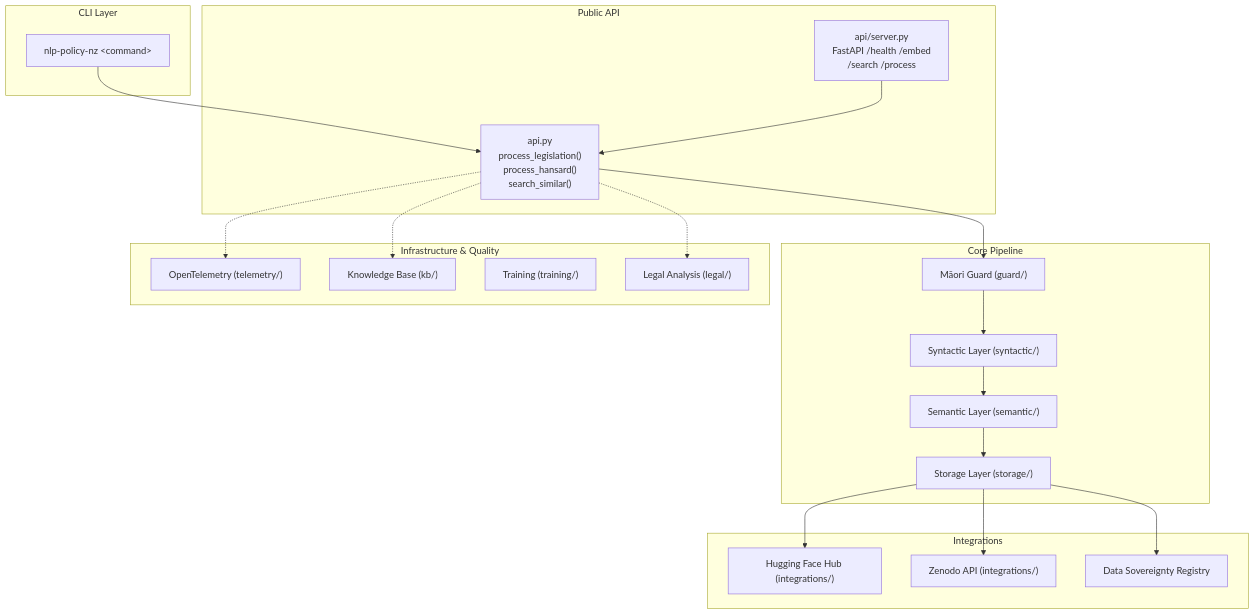
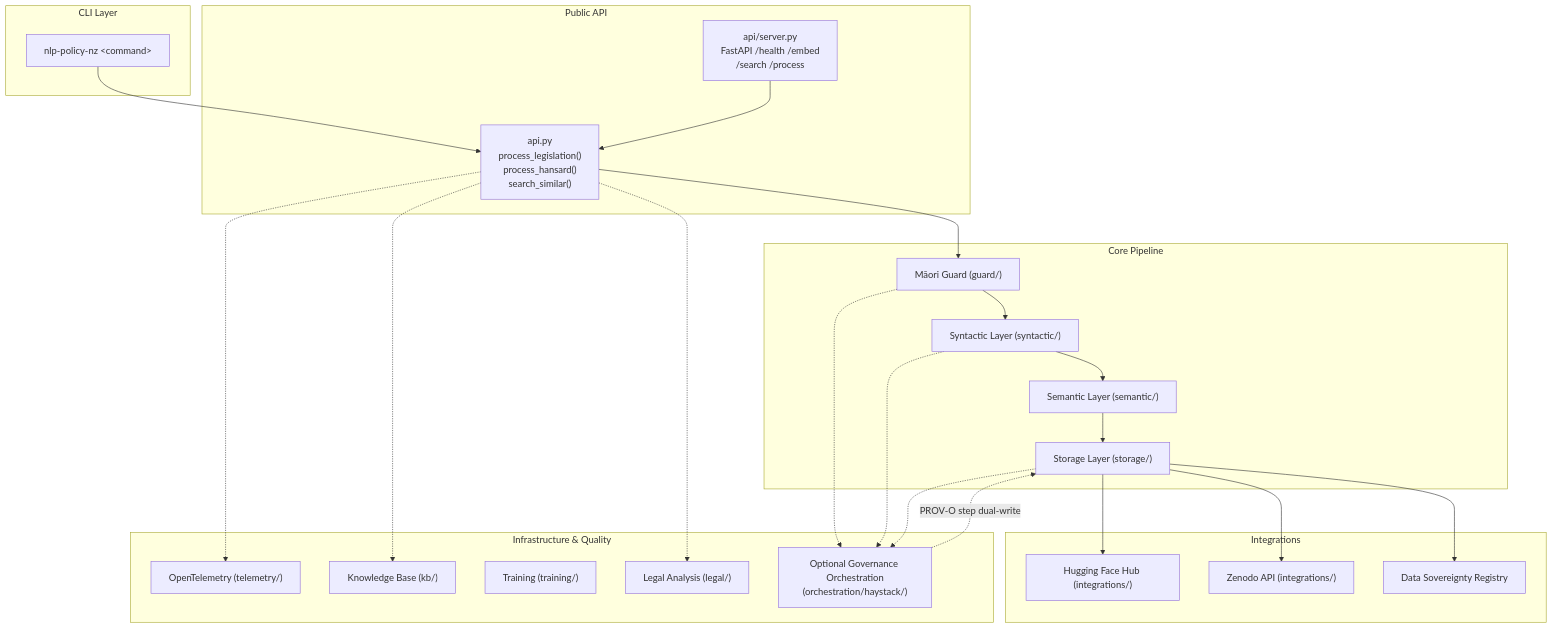
One commit to edithatogo/nlp-policy-nz changed the first of 10 diagrams in design.md. Above: the diagram before and after it, drawn with Mermaid. The commit also changed other lines of this file and 3 other files, not shown here.

````diff
--- a/design.md
+++ b/design.md
@@ -9,41 +9,46 @@
 ```mermaid
 flowchart TB
     subgraph CLI["CLI Layer"]
         CLI_MAIN["nlp-policy-nz &lt;command&gt;"]
     end
 
     subgraph API["Public API"]
         API_PY["api.py<br/>process_legislation()<br/>process_hansard()<br/>search_similar()"]
         API_SRV["api/server.py<br/>FastAPI /health /embed<br/>/search /process"]
     end
 
     subgraph CORE["Core Pipeline"]
         GUARD["Māori Guard (guard/)"]
         SYNTACTIC["Syntactic Layer (syntactic/)"]
         SEMANTIC["Semantic Layer (semantic/)"]
         STORAGE["Storage Layer (storage/)"]
     end
 
     subgraph INT["Integrations"]
         HF["Hugging Face Hub (integrations/)"]
         ZENODO["Zenodo API (integrations/)"]
         REG["Data Sovereignty Registry"]
     end
 
     subgraph INFRA["Infrastructure & Quality"]
         OTEL["OpenTelemetry (telemetry/)"]
         KB["Knowledge Base (kb/)"]
         TRAIN["Training (training/)"]
         LEGAL["Legal Analysis (legal/)"]
+        ORCH["Optional Governance Orchestration<br/>(orchestration/haystack/)"]
     end
 
     CLI_MAIN --> API_PY
     API_SRV --> API_PY
     API_PY --> GUARD --> SYNTACTIC --> SEMANTIC --> STORAGE
     STORAGE --> HF
     STORAGE --> ZENODO
     STORAGE --> REG
     API_PY -.-> OTEL
     API_PY -.-> KB
     API_PY -.-> LEGAL
+    GUARD -.-> ORCH
+    SYNTACTIC -.-> ORCH
+    STORAGE -.-> ORCH
+    ORCH -.->|"PROV-O step dual-write"| STORAGE
 ```
````
